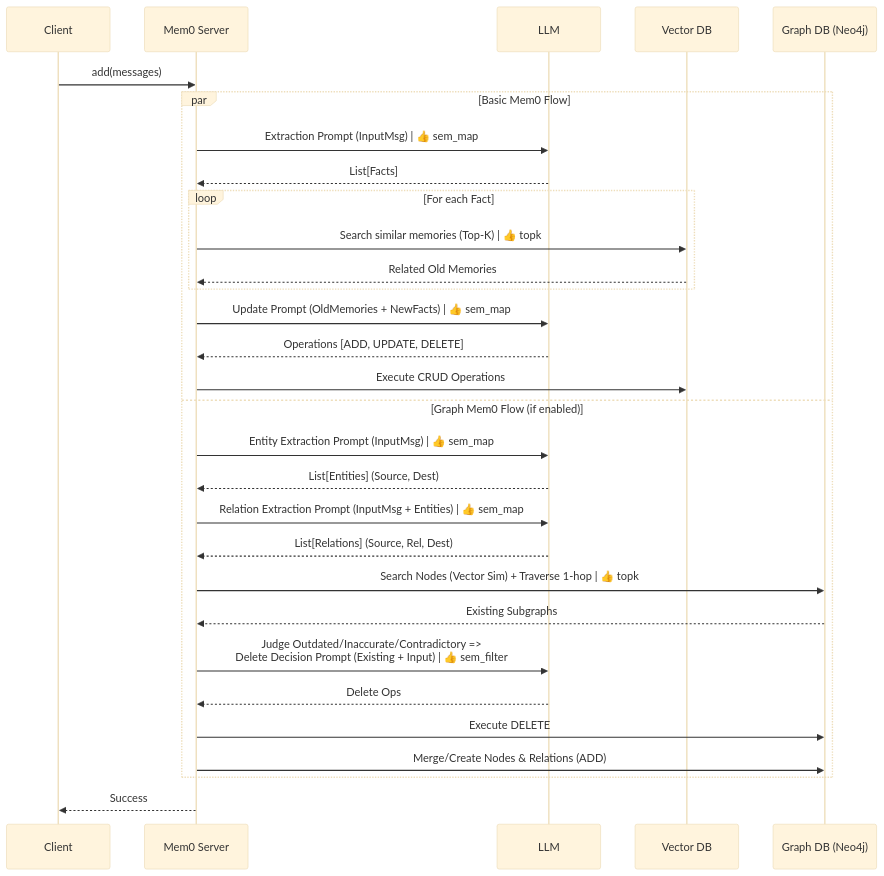
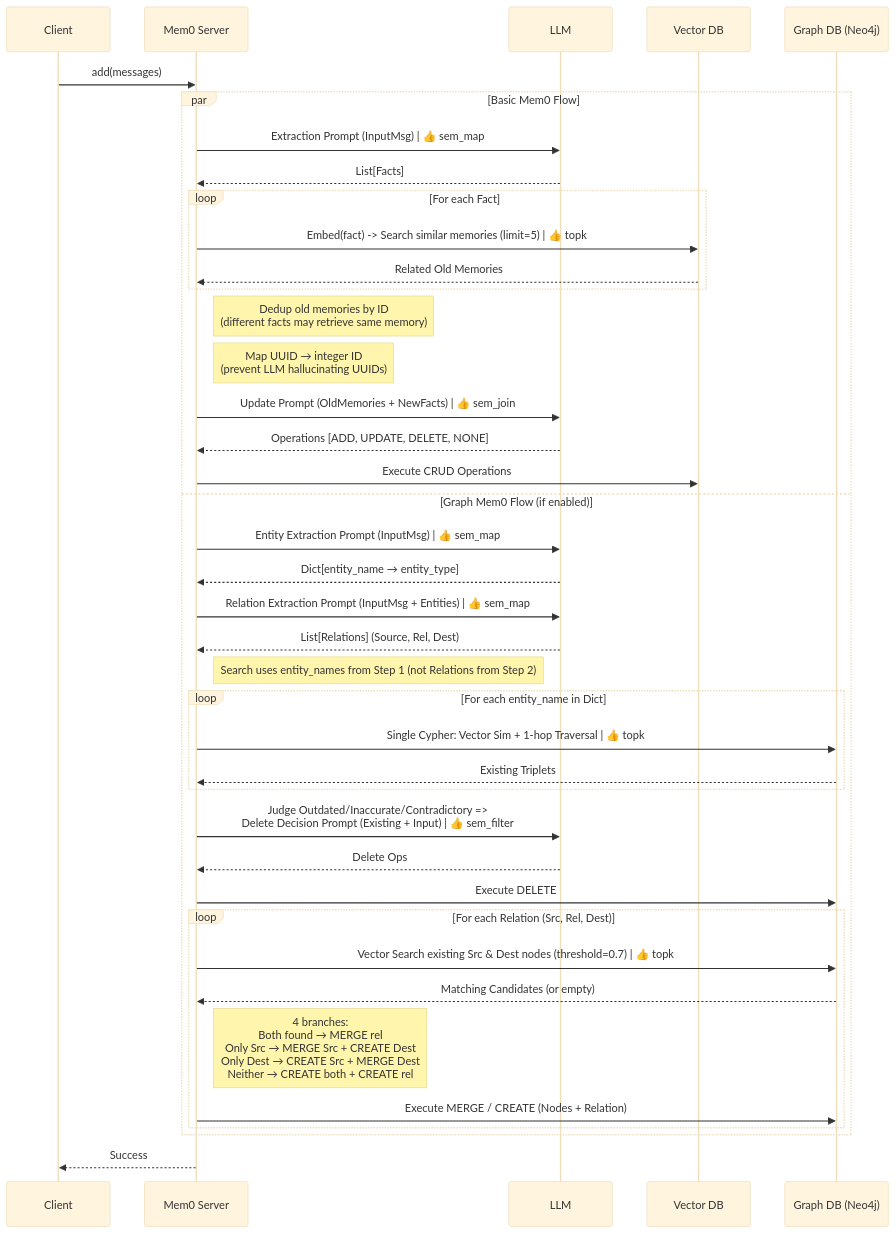
One commit to SleepyLGod/zep-graphiti changed the first of 2 diagrams in examples/neo4j_otel/data_flow_mem0.md. Above: the diagram before and after it, drawn with Mermaid (base theme). The commit also changed other lines of this file, not shown here.

Commit message:
Clarifies and optimizes data flow diagrams
Updates sequence diagrams to improve clarity and accuracy:
- Specifies embedding and search steps with parameters
- Adds deduplication and UUID-to-integer mapping notes
- Refines entity extraction outputs and logic
- Outlines detailed branching for merge/create operations
- Adds reranking logic and clarifies retrieval processes

Enhances documentation for easier understanding of system behavior and reduces potential for LLM hallucinations.

````diff
--- a/examples/neo4j_otel/data_flow_mem0.md
+++ b/examples/neo4j_otel/data_flow_mem0.md
@@ -5,42 +5,53 @@
 ```mermaid
 sequenceDiagram
     participant Client
     participant Server as Mem0 Server
     participant LLM
     participant VecDB as Vector DB
     participant GraphDB as Graph DB (Neo4j)
 
     Client->>Server: add(messages)
     
     par Basic Mem0 Flow
         Server->>LLM: Extraction Prompt (InputMsg) | 👍 sem_map
         LLM-->>Server: List[Facts]
         
         loop For each Fact
-            Server->>VecDB: Search similar memories (Top-K) | 👍 topk
+            Server->>VecDB: Embed(fact) -> Search similar memories (limit=5) | 👍 topk
             VecDB-->>Server: Related Old Memories
         end
-        
-        Server->>LLM: Update Prompt (OldMemories + NewFacts) | 👍 sem_map
-        LLM-->>Server: Operations [ADD, UPDATE, DELETE]
+
+        Note right of Server: Dedup old memories by ID<br/>(different facts may retrieve same memory)
+        Note right of Server: Map UUID → integer ID<br/>(prevent LLM hallucinating UUIDs)
+
+        Server->>LLM: Update Prompt (OldMemories + NewFacts) | 👍 sem_join
+        LLM-->>Server: Operations [ADD, UPDATE, DELETE, NONE]
         
         Server->>VecDB: Execute CRUD Operations
     and Graph Mem0 Flow (if enabled)
         Server->>LLM: Entity Extraction Prompt (InputMsg) | 👍 sem_map
-        LLM-->>Server: List[Entities] (Source, Dest)
+        LLM-->>Server: Dict[entity_name → entity_type]
         
         Server->>LLM: Relation Extraction Prompt (InputMsg + Entities) | 👍 sem_map
         LLM-->>Server: List[Relations] (Source, Rel, Dest)
         
-        Server->>GraphDB: Search Nodes (Vector Sim) + Traverse 1-hop | 👍 topk
-        GraphDB-->>Server: Existing Subgraphs
+        Note right of Server: Search uses entity_names from Step 1 (not Relations from Step 2)
+        loop For each entity_name in Dict
+            Server->>GraphDB: Single Cypher: Vector Sim + 1-hop Traversal | 👍 topk
+            GraphDB-->>Server: Existing Triplets
+        end
         
         Server->>LLM: Judge Outdated/Inaccurate/Contradictory => <br/> Delete Decision Prompt (Existing + Input) | 👍 sem_filter
         LLM-->>Server: Delete Ops
         Server->>GraphDB: Execute DELETE
         
-        Server->>GraphDB: Merge/Create Nodes & Relations (ADD)
+        loop For each Relation (Src, Rel, Dest)
+            Server->>GraphDB: Vector Search existing Src & Dest nodes (threshold=0.7) | 👍 topk
+            GraphDB-->>Server: Matching Candidates (or empty)
+            Note right of Server: 4 branches:<br/>Both found → MERGE rel<br/>Only Src → MERGE Src + CREATE Dest<br/>Only Dest → CREATE Src + MERGE Dest<br/>Neither → CREATE both + CREATE rel
+            Server->>GraphDB: Execute MERGE / CREATE (Nodes + Relation)
+        end
     end
     
     Server-->>Client: Success
 ```
````
